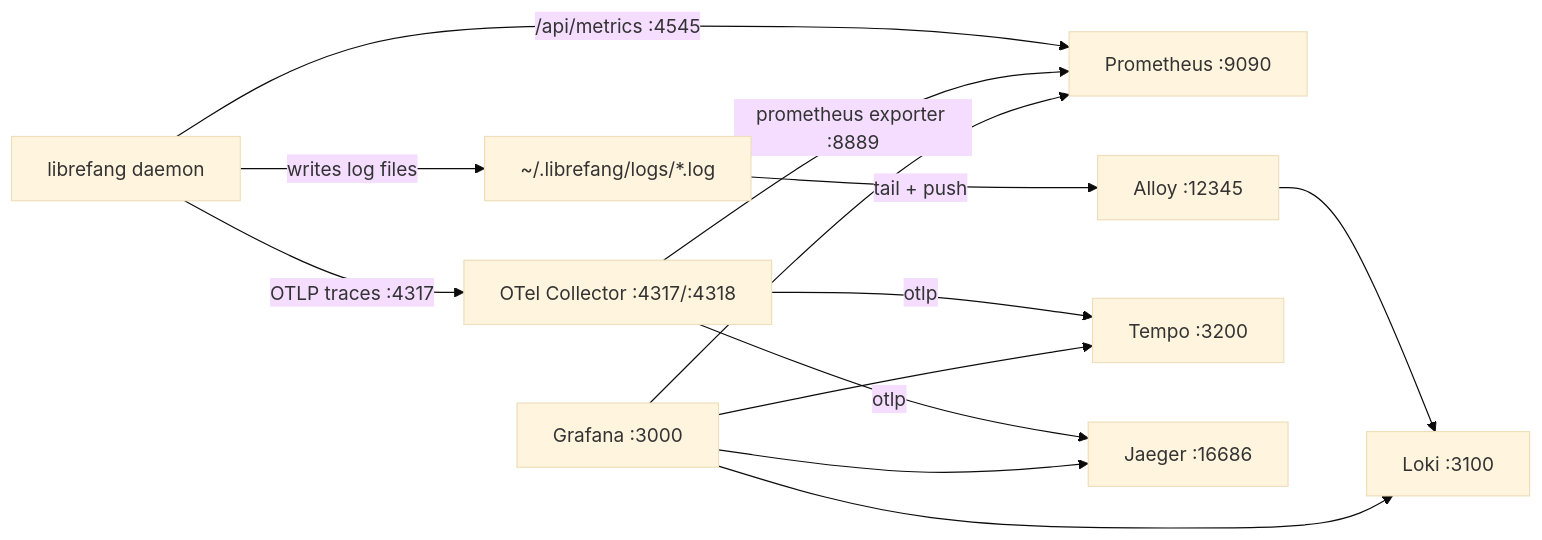
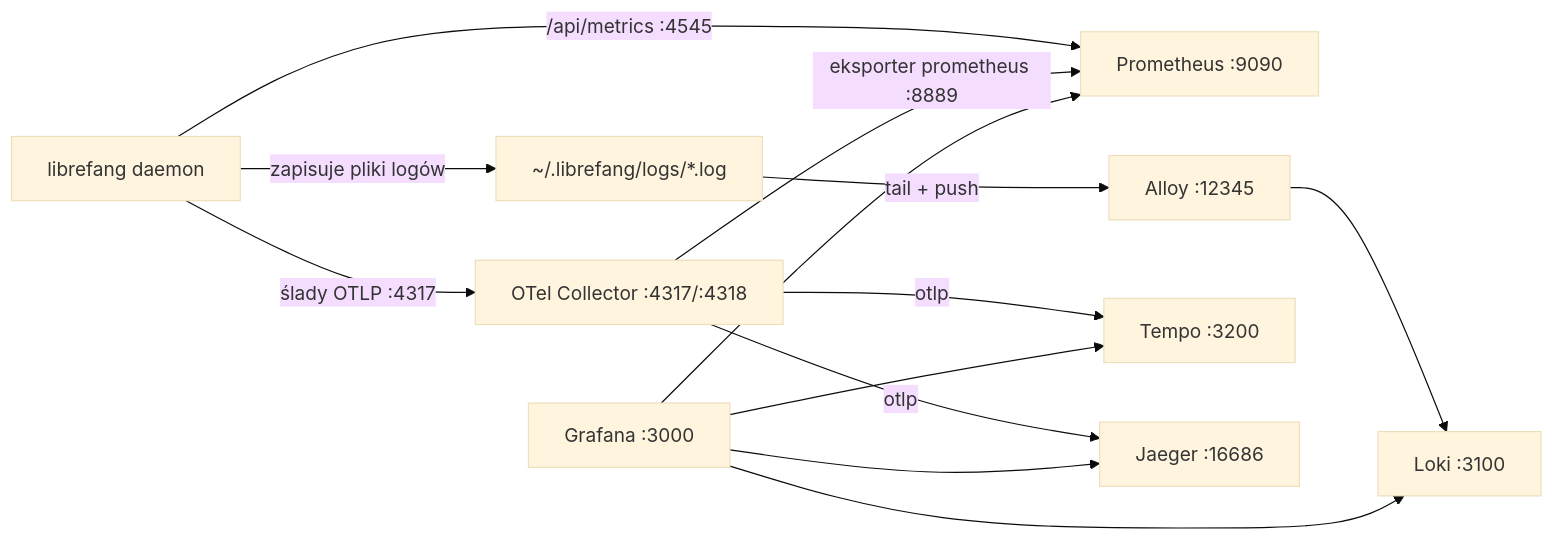
One commit to leszek3737/librefang-WIki changed the second of 2 diagrams in deploy-deploy.md. Above: the diagram before and after it, drawn with Mermaid (base theme). The commit also changed other lines of this file and 104 other files, not shown here.

````diff
--- a/deploy-deploy.md
+++ b/deploy-deploy.md
@@ -169,16 +169,16 @@
 ```mermaid
 graph LR
     DAEMON[librefang daemon]
     DAEMON -->|/api/metrics :4545| PROM[Prometheus :9090]
-    DAEMON -->|OTLP traces :4317| OTEL[OTel Collector :4317/:4318]
-    DAEMON -->|writes log files| LOGS[~/.librefang/logs/*.log]
+    DAEMON -->|ślady OTLP :4317| OTEL[OTel Collector :4317/:4318]
+    DAEMON -->|zapisuje pliki logów| LOGS[~/.librefang/logs/*.log]
     LOGS -->|tail + push| ALLOY[Alloy :12345]
     ALLOY --> LOKI[Loki :3100]
     OTEL -->|otlp| TEMPO[Tempo :3200]
     OTEL -->|otlp| JAEGER[Jaeger :16686]
-    OTEL -->|prometheus exporter :8889| PROM
+    OTEL -->|eksporter prometheus :8889| PROM
     GRAF[Grafana :3000] --> PROM
     GRAF --> TEMPO
     GRAF --> JAEGER
     GRAF --> LOKI
 ```
````
